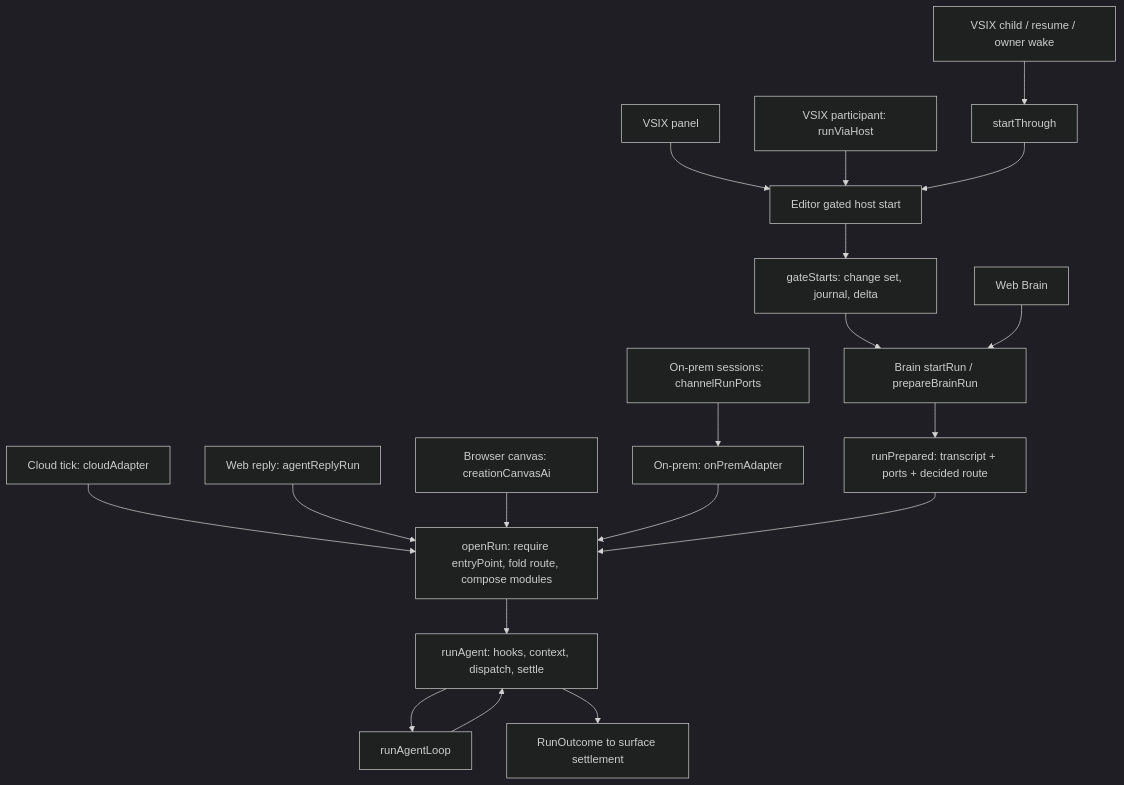
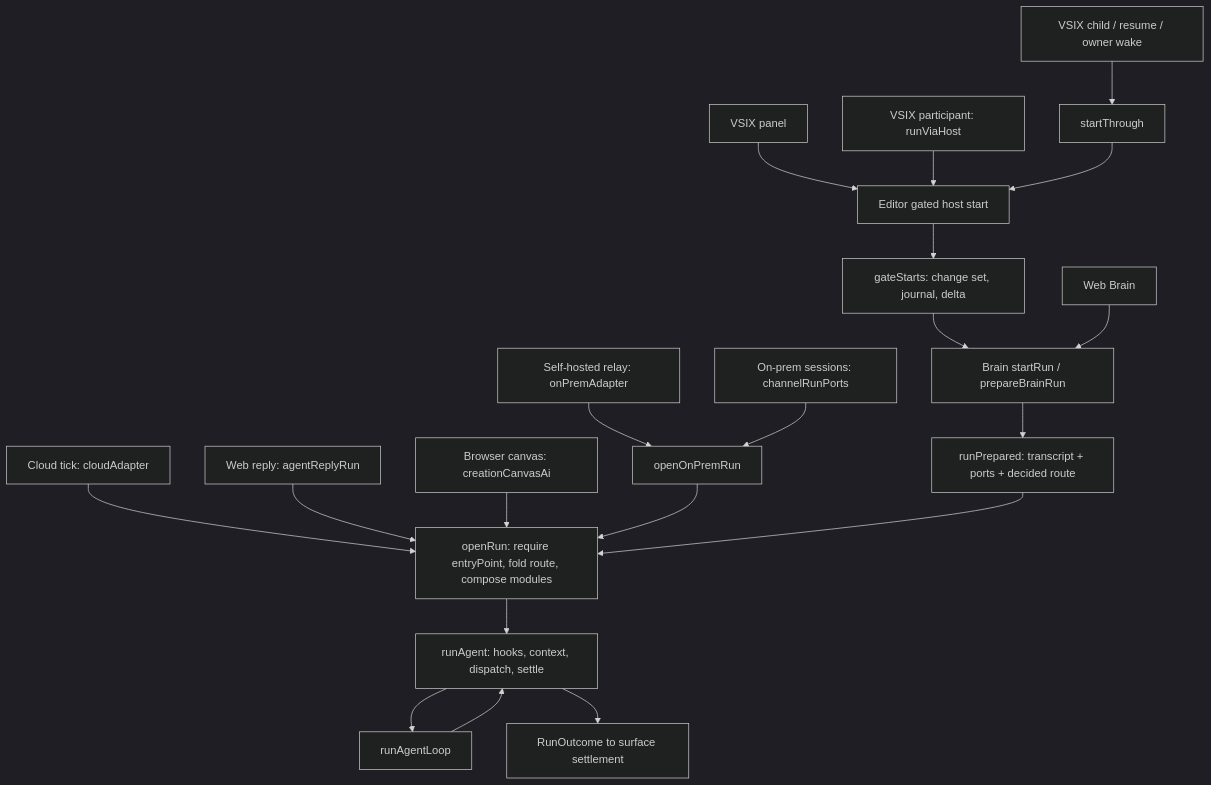
The first of 2 diagrams in docs/specs/_scratch-agent-pipeline-map.md (SeanHogg/Builderforce.ai), drawn with Mermaid (dark theme) before and after one commit. The commit also changed other lines of this file and 30 other files, not shown here.

````diff
--- a/docs/specs/_scratch-agent-pipeline-map.md
+++ b/docs/specs/_scratch-agent-pipeline-map.md
@@ -9,20 +9,21 @@
 ```mermaid
 flowchart TD
   Panel[VSIX panel] --> Host[Editor gated host start]
   Participant[VSIX participant: runViaHost] --> Host
   Child[VSIX child / resume / owner wake] --> Through[startThrough] --> Host
   Host --> Gate[gateStarts: change set, journal, delta]
   Gate --> Brain[Brain startRun / prepareBrainRun]
   Web[Web Brain] --> Brain
   Brain --> Prepared[runPrepared: transcript + ports + decided route]
   Cloud[Cloud tick: cloudAdapter] --> Open
   Reply[Web reply: agentReplyRun] --> Open
   Canvas[Browser canvas: creationCanvasAi] --> Open
-  Prem[On-prem: onPremAdapter] --> Open
+  Relay[Self-hosted relay: onPremAdapter] --> Prem[openOnPremRun]
   Channel[On-prem sessions: channelRunPorts] --> Prem
+  Prem --> Open
   Prepared --> Open[openRun: require entryPoint, fold route, compose modules]
   Open --> Agent[runAgent: hooks, context, dispatch, settle]
   Agent --> Kernel[runAgentLoop]
   Kernel --> Agent
   Agent --> Outcome[RunOutcome to surface settlement]
 ```
````
